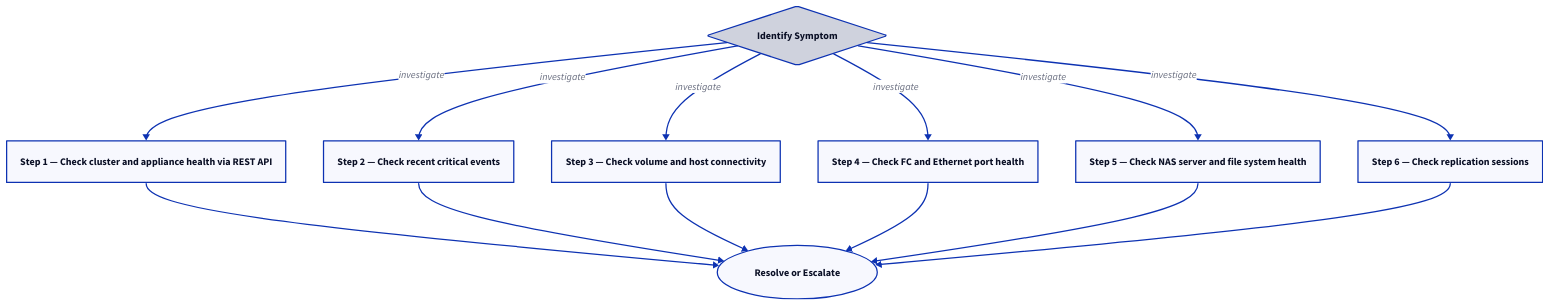
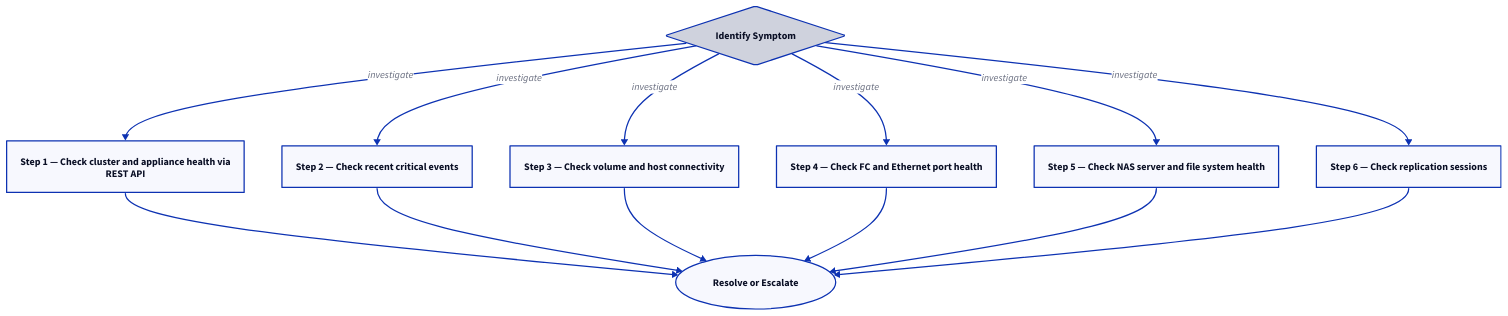
Before and after one commit to canast01/chris-kb: the second of 2 diagrams in docs/storage/dell/powerstore/troubleshooting/diagnostics.md, drawn with D2. The commit also changed other lines of this file and 192 other files, not shown here.

````diff
--- a/docs/storage/dell/powerstore/troubleshooting/diagnostics.md
+++ b/docs/storage/dell/powerstore/troubleshooting/diagnostics.md
@@ -63,25 +63,25 @@
 ```d2
 direction: down
 
 symptom: Identify Symptom {shape: diamond}
-step_1_check_cluster_and_appliance_h: "Step 1 — Check cluster and appliance health via REST API" {shape: rectangle}
+step_1_check_cluster_and_appliance_h: "Step 1 — Check cluster and appliance health via\nREST API" {shape: rectangle}
 step_2_check_recent_critical_events: "Step 2 — Check recent critical events" {shape: rectangle}
 step_3_check_volume_and_host_connect: "Step 3 — Check volume and host connectivity" {shape: rectangle}
 step_4_check_fc_and_ethernet_port_he: "Step 4 — Check FC and Ethernet port health" {shape: rectangle}
 step_5_check_nas_server_and_file_sys: "Step 5 — Check NAS server and file system health" {shape: rectangle}
 step_6_check_replication_sessions: "Step 6 — Check replication sessions" {shape: rectangle}
 resolution: Resolve or Escalate {shape: oval}
 
 symptom -> step_1_check_cluster_and_appliance_h: investigate
 symptom -> step_2_check_recent_critical_events: investigate
 symptom -> step_3_check_volume_and_host_connect: investigate
 symptom -> step_4_check_fc_and_ethernet_port_he: investigate
 symptom -> step_5_check_nas_server_and_file_sys: investigate
 symptom -> step_6_check_replication_sessions: investigate
 step_1_check_cluster_and_appliance_h -> resolution
 step_2_check_recent_critical_events -> resolution
 step_3_check_volume_and_host_connect -> resolution
 step_4_check_fc_and_ethernet_port_he -> resolution
 step_5_check_nas_server_and_file_sys -> resolution
 step_6_check_replication_sessions -> resolution
 ```
````
